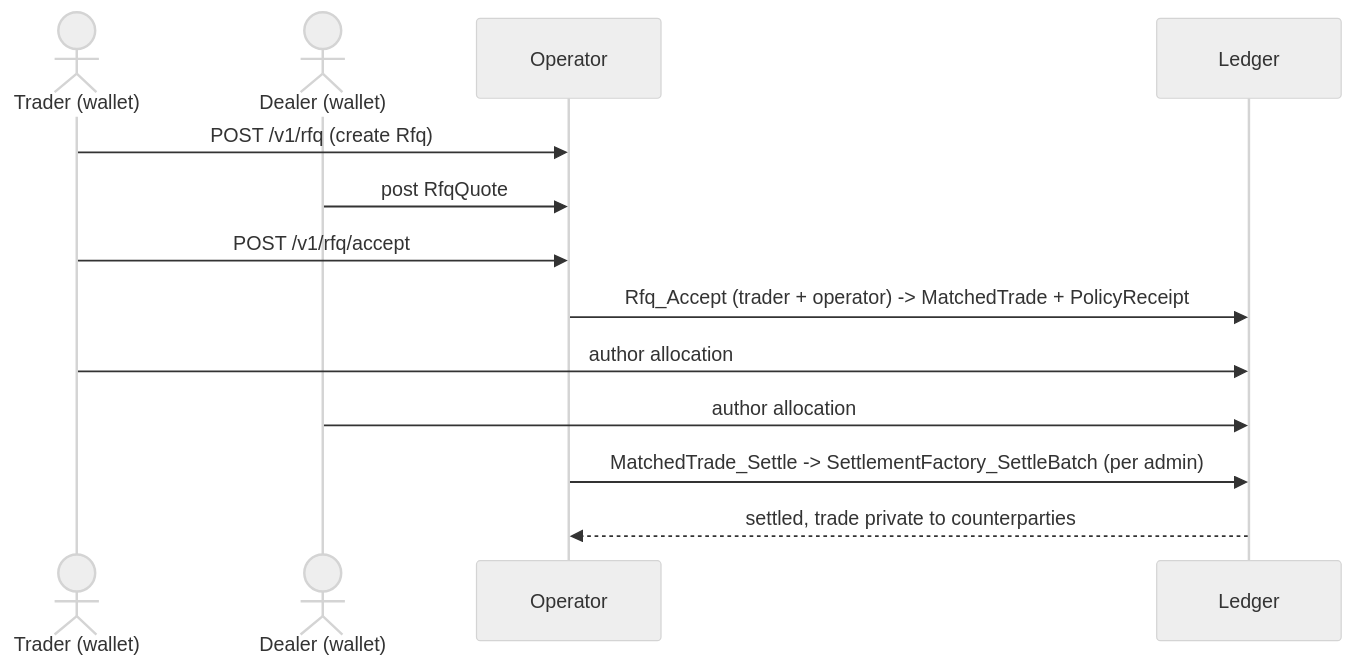
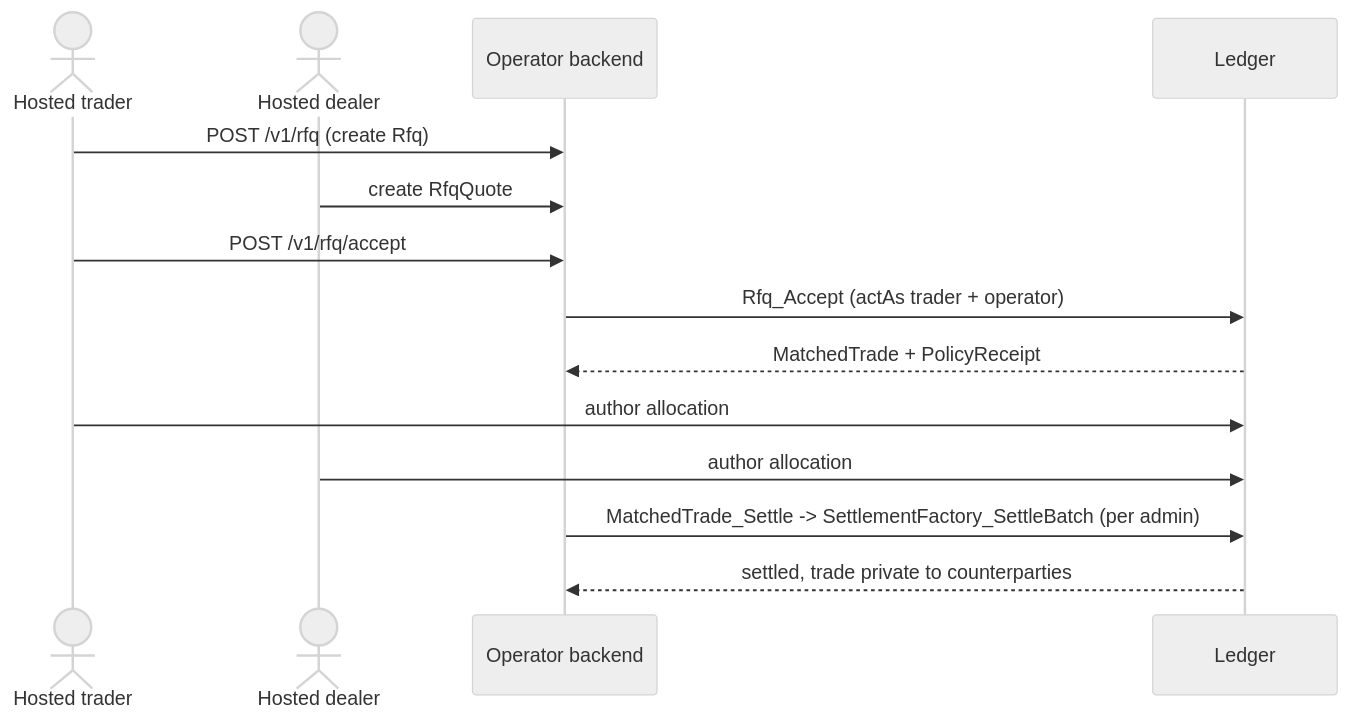
One commit to srikanth-bitdynamics/Canton-Dex-Reference-Implementation changed the fourth of 5 diagrams in docs/concepts/workflows.md. Above: the diagram before and after it, drawn with Mermaid (neutral theme). The commit also changed other lines of this file and 132 other files, not shown here.

````diff
--- a/docs/concepts/workflows.md
+++ b/docs/concepts/workflows.md
@@ -221,15 +275,16 @@
 ```mermaid
 sequenceDiagram
-    actor T as Trader (wallet)
-    actor Dl as Dealer (wallet)
-    participant O as Operator
+    actor T as Hosted trader
+    actor Dl as Hosted dealer
+    participant O as Operator backend
     participant L as Ledger
     T->>O: POST /v1/rfq (create Rfq)
-    Dl->>O: post RfqQuote
+    Dl->>O: create RfqQuote
     T->>O: POST /v1/rfq/accept
-    O->>L: Rfq_Accept (trader + operator) -> MatchedTrade + PolicyReceipt
+    O->>L: Rfq_Accept (actAs trader + operator)
+    L-->>O: MatchedTrade + PolicyReceipt
     T->>L: author allocation
     Dl->>L: author allocation
     O->>L: MatchedTrade_Settle -> SettlementFactory_SettleBatch (per admin)
     L-->>O: settled, trade private to counterparties
 ```
````
